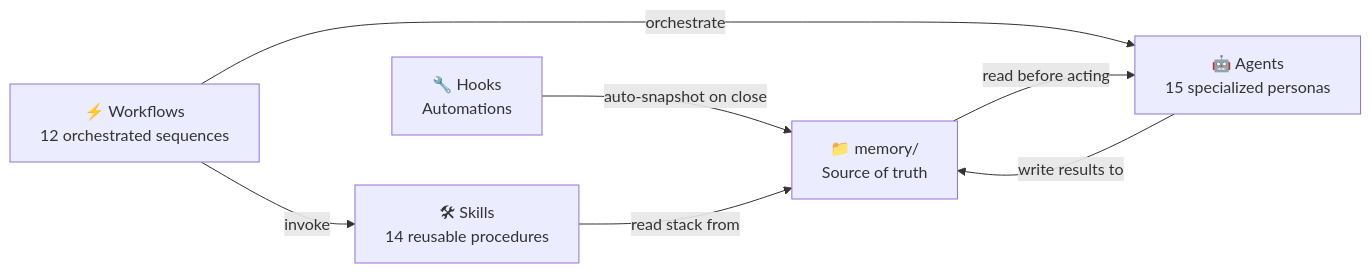
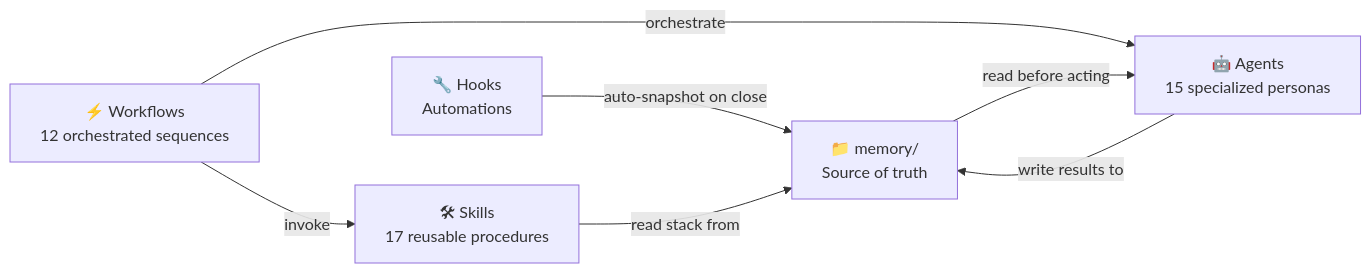
The diagram in README.md (KillianPiccerelle/ai-dev-framework), drawn with Mermaid before and after one commit. The commit also changed other lines of this file and 10 other files, not shown here.

````diff
--- a/README.md
+++ b/README.md
@@ -112,15 +112,15 @@
 ```mermaid
 graph LR
     MEM["📁 memory/\nSource of truth"]
     AGT["🤖 Agents\n15 specialized personas"]
     WFL["⚡ Workflows\n12 orchestrated sequences"]
-    SKL["🛠 Skills\n14 reusable procedures"]
+    SKL["🛠 Skills\n17 reusable procedures"]
     HKS["🔧 Hooks\nAutomations"]
 
     MEM -->|read before acting| AGT
     AGT -->|write results to| MEM
     WFL -->|orchestrate| AGT
     WFL -->|invoke| SKL
     SKL -->|read stack from| MEM
     HKS -->|auto-snapshot on close| MEM
 ```
````
